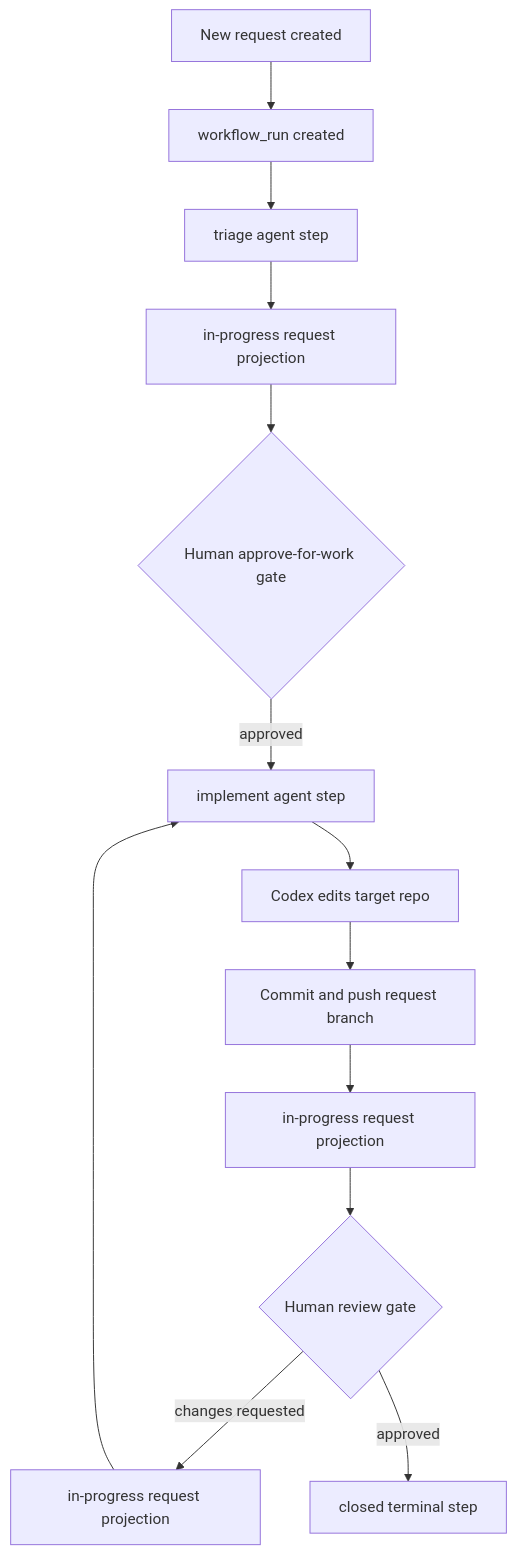
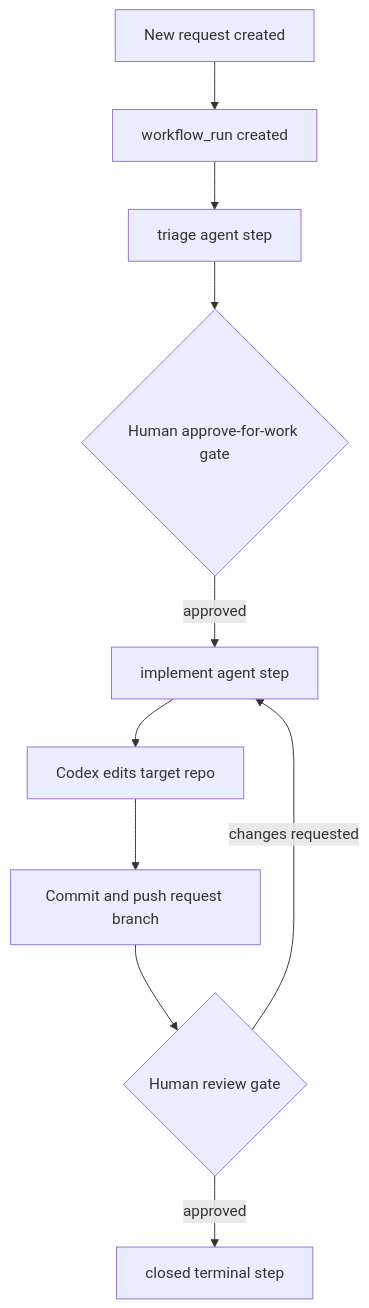
One commit to superprismio/prism-railway-template changed the first of 7 diagrams in docs/features/change-request-flow.md. Above: the diagram before and after it, drawn with Mermaid. The commit also changed other lines of this file and 26 other files, not shown here.

Commit message:
Remove request status projection

````diff
--- a/docs/features/change-request-flow.md
+++ b/docs/features/change-request-flow.md
@@ -17,15 +17,12 @@
 ```mermaid
 flowchart TD
     A[New request created] --> B[workflow_run created]
     B --> C[triage agent step]
-    C --> D[in-progress request projection]
-    D --> E{Human approve-for-work gate}
+    C --> E{Human approve-for-work gate}
     E -- approved --> F[implement agent step]
     F --> G[Codex edits target repo]
     G --> H[Commit and push request branch]
-    H --> I[in-progress request projection]
-    I --> J{Human review gate}
-    J -- changes requested --> K[in-progress request projection]
-    K --> F
+    H --> J{Human review gate}
+    J -- changes requested --> F
     J -- approved --> L[closed terminal step]
 ```
````
